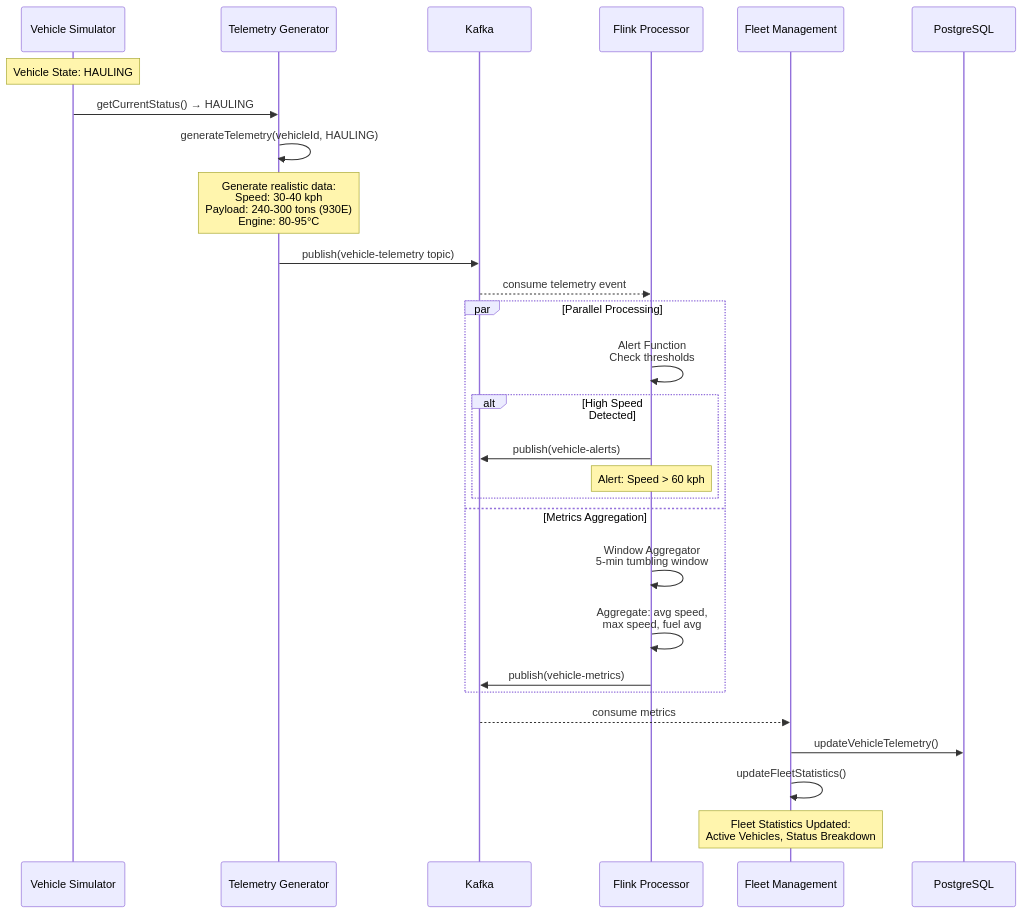
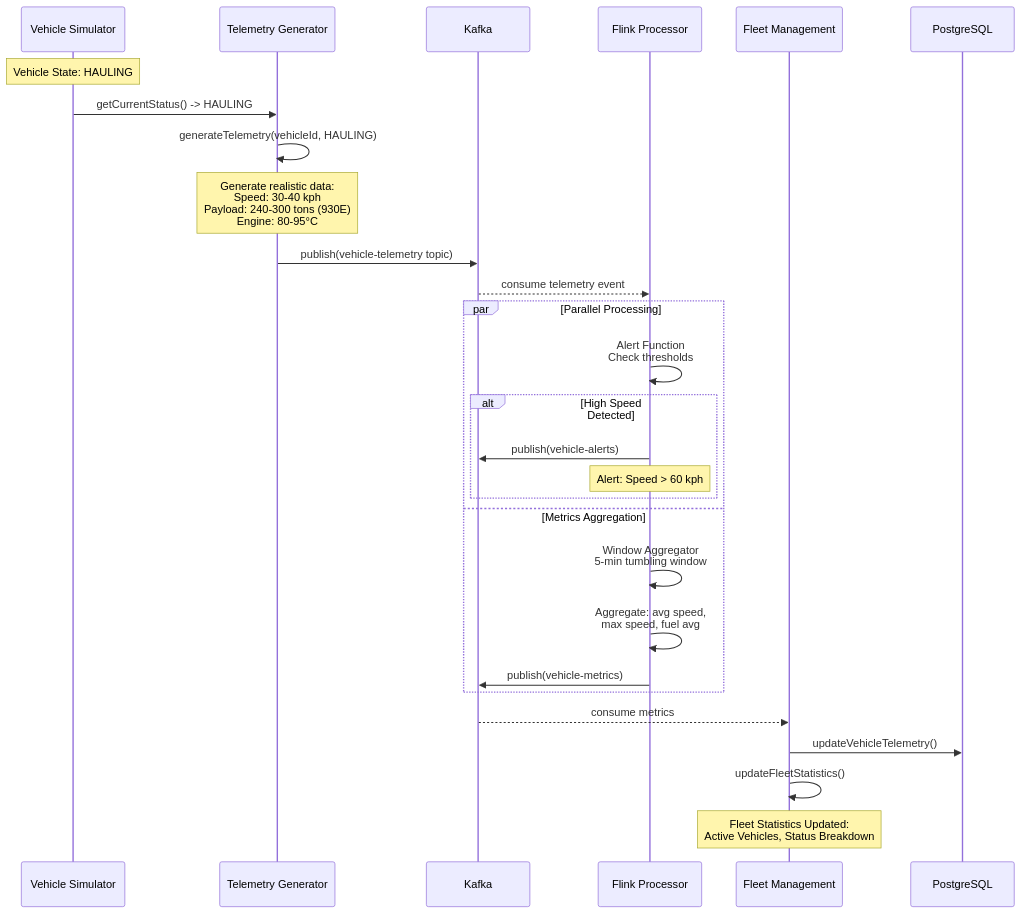
One commit to Shallako/ShuzAHS changed the second of 18 diagrams in DIAGRAMS.md. Above: the diagram before and after it, drawn with Mermaid. The commit also changed other lines of this file and 38 other files, not shown here.

````diff
--- a/DIAGRAMS.md
+++ b/DIAGRAMS.md
@@ -91,36 +91,36 @@
 ```mermaid
 sequenceDiagram
     participant VS as Vehicle Simulator
     participant TDG as Telemetry Generator
     participant K as Kafka
     participant F as Flink Processor
     participant FM as Fleet Management
     participant DB as PostgreSQL
     
     Note over VS: Vehicle State: HAULING
-    VS->>TDG: getCurrentStatus() → HAULING
+    VS->>TDG: getCurrentStatus() -> HAULING
     TDG->>TDG: generateTelemetry(vehicleId, HAULING)
     
     Note over TDG: Generate realistic data:<br/>Speed: 30-40 kph<br/>Payload: 240-300 tons (930E)<br/>Engine: 80-95°C
     
     TDG->>K: publish(vehicle-telemetry topic)
     K-->>F: consume telemetry event
     
     par Parallel Processing
         F->>F: Alert Function<br/>Check thresholds
         alt High Speed Detected
             F->>K: publish(vehicle-alerts)
             Note over F: Alert: Speed > 60 kph
         end
     and Metrics Aggregation
         F->>F: Window Aggregator<br/>5-min tumbling window
         F->>F: Aggregate: avg speed,<br/>max speed, fuel avg
         F->>K: publish(vehicle-metrics)
     end
     
     K-->>FM: consume metrics
     FM->>DB: updateVehicleTelemetry()
     FM->>FM: updateFleetStatistics()
     
     Note over FM: Fleet Statistics Updated:<br/>Active Vehicles, Status Breakdown
 ```
````
